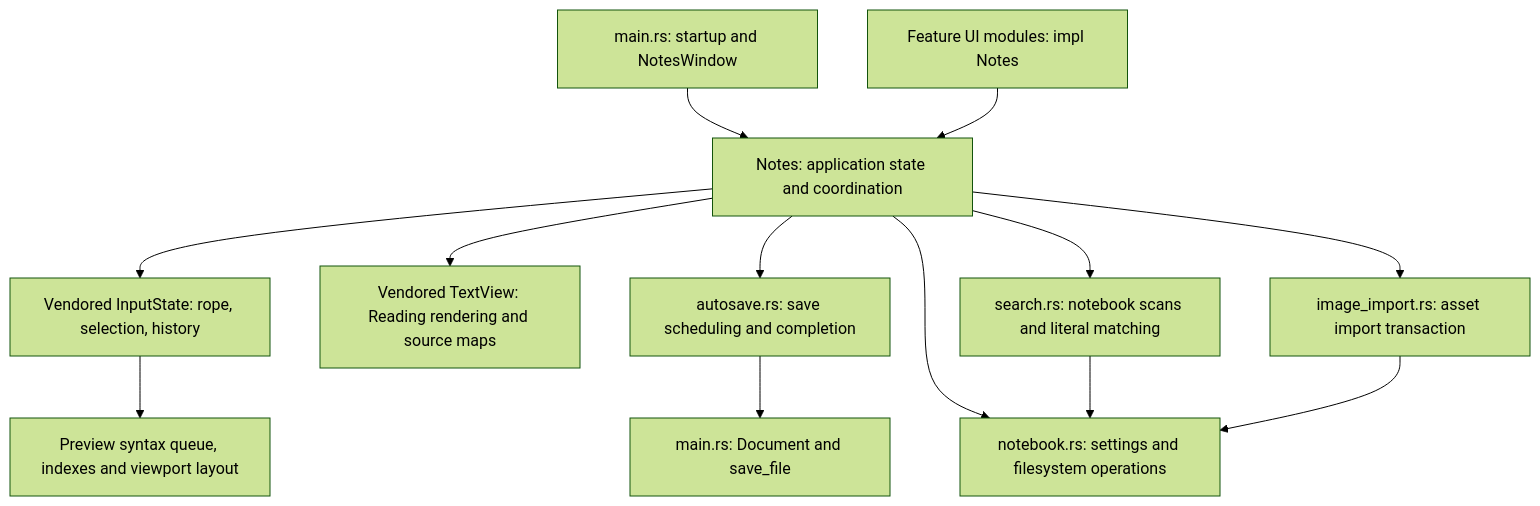
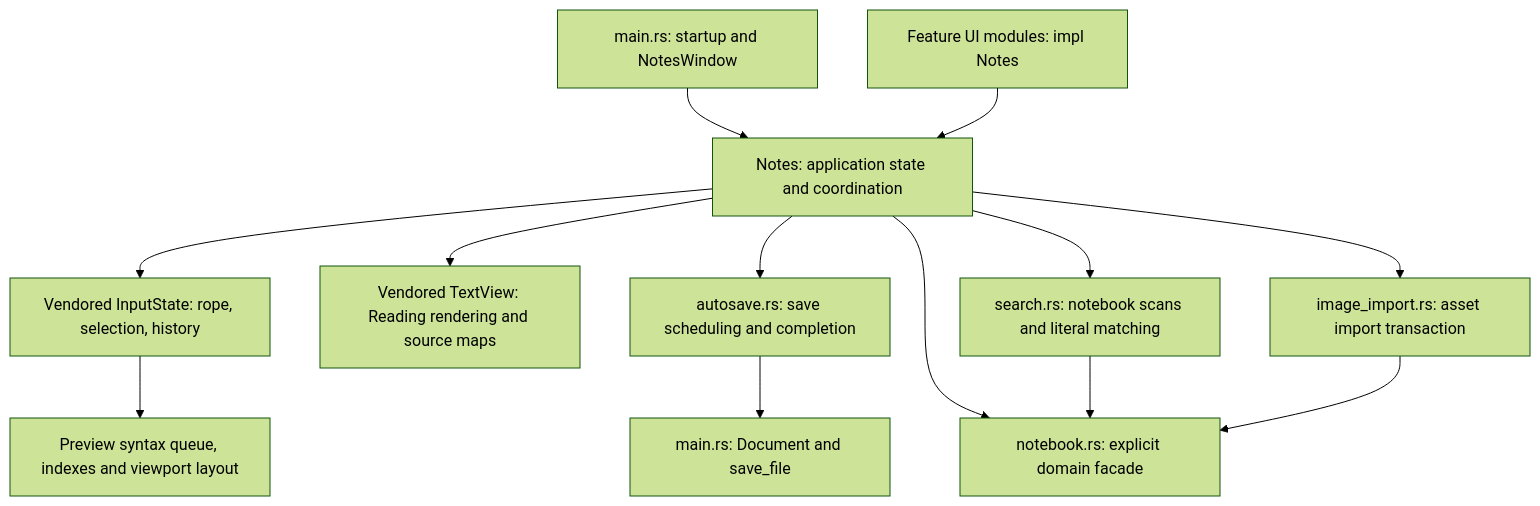
Before and after one commit to travisluong/markdown-note: the diagram in ARCHITECTURE.md, drawn with Mermaid (forest theme). The commit also changed other lines of this file and 9 other files, not shown here.

Commit message:
Separate notebook schemas and path policies from storage

````diff
--- a/ARCHITECTURE.md
+++ b/ARCHITECTURE.md
@@ -17,15 +17,15 @@
 ```mermaid
 flowchart TD
     Main[main.rs: startup and NotesWindow] --> Notes[Notes: application state and coordination]
     Views[Feature UI modules: impl Notes] --> Notes
     Notes --> Editor[Vendored InputState: rope, selection, history]
     Notes --> Reading[Vendored TextView: Reading rendering and source maps]
     Notes --> Saves[autosave.rs: save scheduling and completion]
     Saves --> FileIO[main.rs: Document and save_file]
-    Notes --> Notebook[notebook.rs: settings and filesystem operations]
+    Notes --> Notebook[notebook.rs: explicit domain facade]
     Notes --> Search[search.rs: notebook scans and literal matching]
     Notes --> Imports[image_import.rs: asset import transaction]
     Search --> Notebook
     Imports --> Notebook
     Editor --> Preview[Preview syntax queue, indexes and viewport layout]
 ```
````
